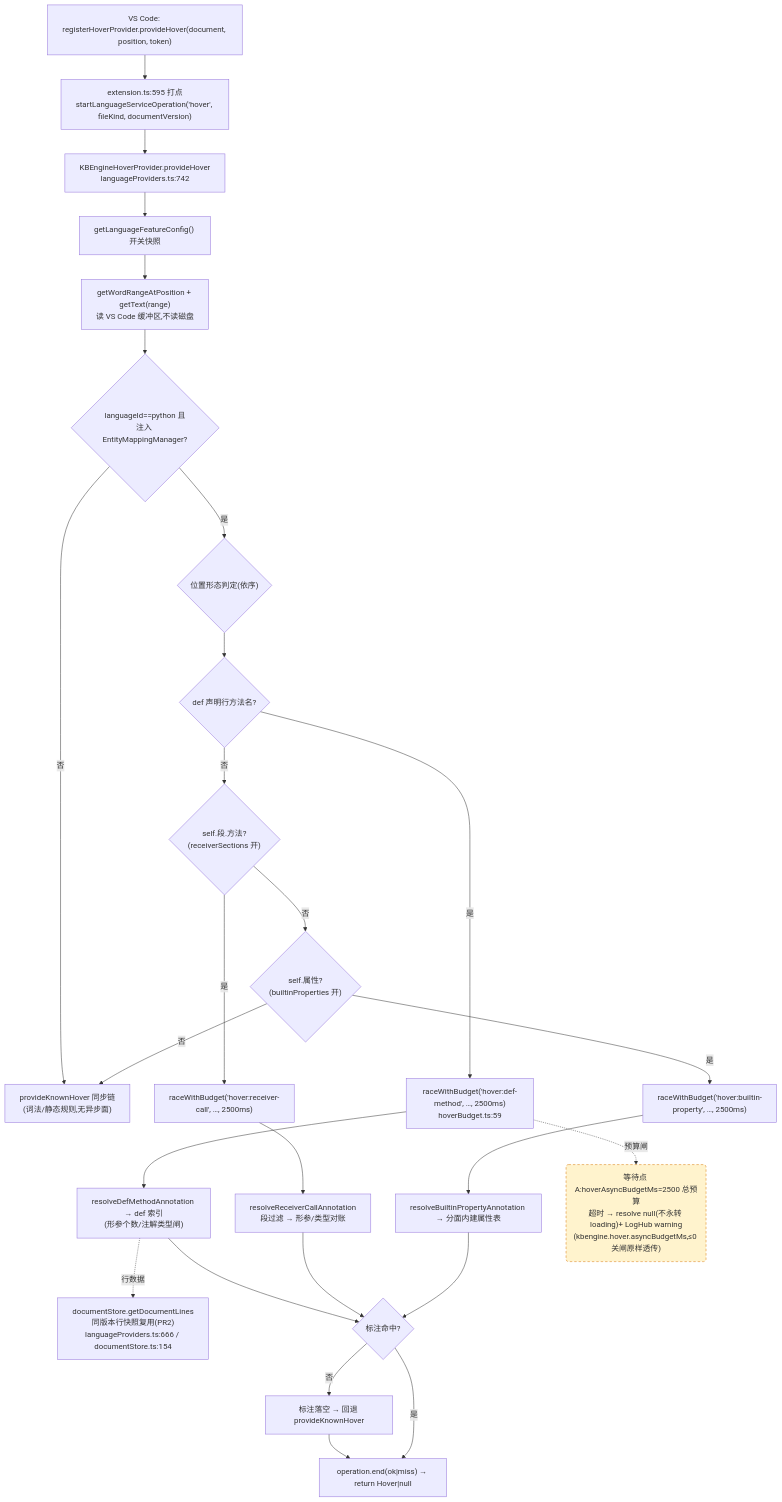
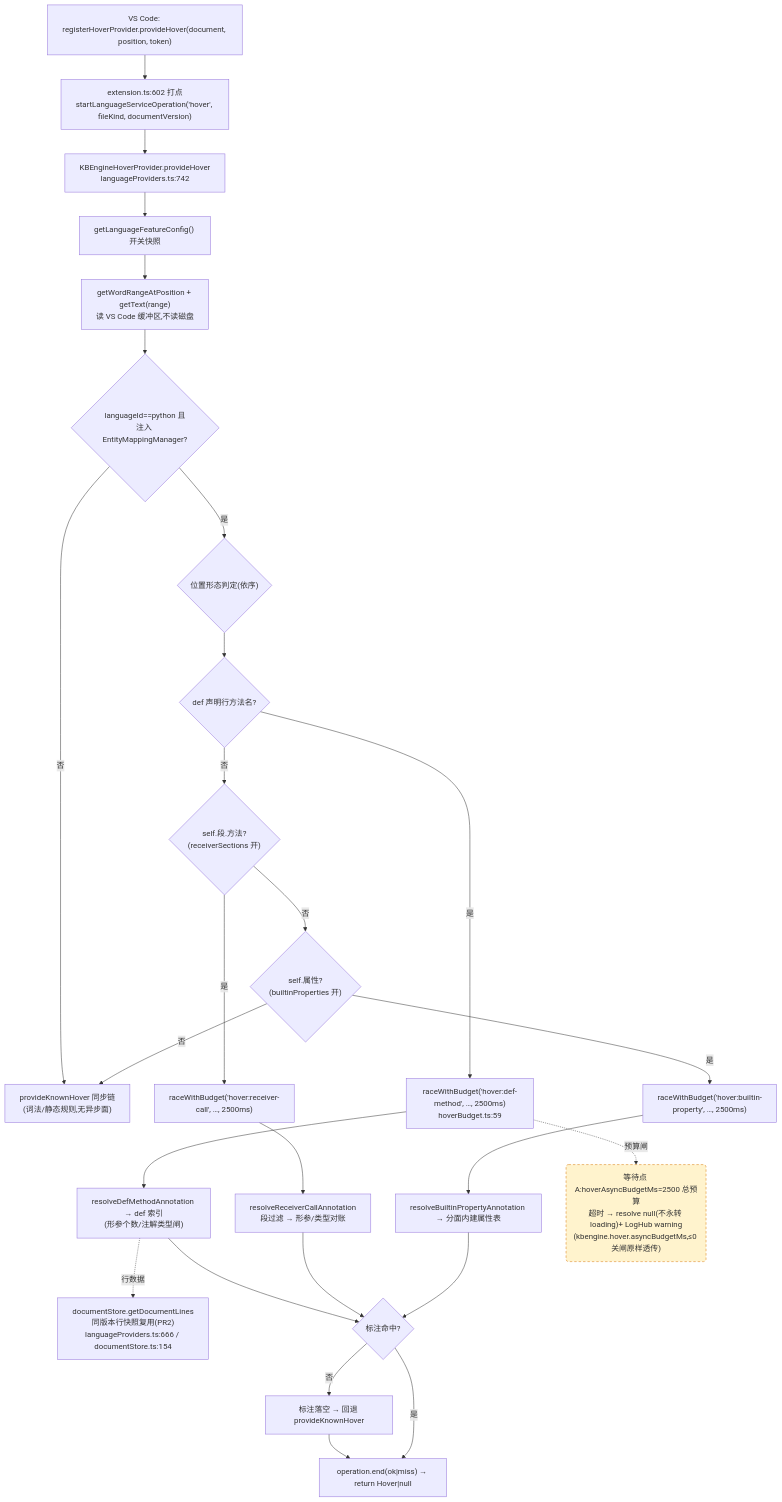
Before and after one commit to cuihairu/kode: the first of 4 diagrams in docs/perf/2026-baseline.md, drawn with Mermaid. The commit also changed other lines of this file and 11 other files, not shown here.

Commit message:
feat: add python language service status check

````diff
--- a/docs/perf/2026-baseline.md
+++ b/docs/perf/2026-baseline.md
@@ -82,45 +82,45 @@
 ```mermaid
 flowchart TD
   VC1["VS Code: registerHoverProvider.provideHover(document, position, token)"]
-  M1["extension.ts:595 打点<br/>startLanguageServiceOperation('hover', fileKind, documentVersion)"]
+  M1["extension.ts:602 打点<br/>startLanguageServiceOperation('hover', fileKind, documentVersion)"]
   HP["KBEngineHoverProvider.provideHover<br/>languageProviders.ts:742"]
   CFG["getLanguageFeatureConfig() 开关快照"]
   WORD["getWordRangeAtPosition + getText(range)<br/>读 VS Code 缓冲区,不读磁盘"]
   BR{"languageId==python 且<br/>注入 EntityMappingManager?"}
   KN["provideKnownHover 同步链<br/>(词法/静态规则,无异步面)"]
   POS{"位置形态判定(依序)"}
   D1{"def 声明行方法名?"}
   D2{"self.段.方法?<br/>(receiverSections 开)"}
   D3{"self.属性?<br/>(builtinProperties 开)"}
   RA1["raceWithBudget('hover:def-method', …, 2500ms)<br/>hoverBudget.ts:59"]
   RA2["raceWithBudget('hover:receiver-call', …, 2500ms)"]
   RA3["raceWithBudget('hover:builtin-property', …, 2500ms)"]
   RS1["resolveDefMethodAnnotation → def 索引<br/>(形参个数/注解类型闸)"]
   RS2["resolveReceiverCallAnnotation<br/>段过滤 → 形参/类型对账"]
   RS3["resolveBuiltinPropertyAnnotation → 分面内建属性表"]
   LINES["documentStore.getDocumentLines<br/>同版本行快照复用(PR2)<br/>languageProviders.ts:666 / documentStore.ts:154"]
   MISS["标注落空 → 回退 provideKnownHover"]
   END1["operation.end(ok|miss) → return Hover|null"]
 
   VC1 --> M1 --> HP --> CFG --> WORD --> BR
   BR -- "否" --> KN
   BR -- "是" --> POS --> D1
   D1 -- "是" --> RA1 --> RS1
   D1 -- "否" --> D2
   D2 -- "是" --> RA2 --> RS2
   D2 -- "否" --> D3
   D3 -- "是" --> RA3 --> RS3
   D3 -- "否" --> KN
   RS1 --> HIT{"标注命中?"}
   RS2 --> HIT
   RS3 --> HIT
   RS1 -.->|行数据| LINES
   HIT -- "否" --> MISS --> END1
   HIT -- "是" --> END1
 
   WAITA("等待点 A:hoverAsyncBudgetMs=2500 总预算<br/>超时 → resolve null(不永转 loading)+ LogHub warning<br/>(kbengine.hover.asyncBudgetMs,≤0 关闸原样透传)")
   RA1 -.->|预算闸| WAITA
 
   classDef waitPoint fill:#fff3cd,stroke:#d97706,stroke-dasharray:5 4;
   class WAITA waitPoint;
 ```
````
